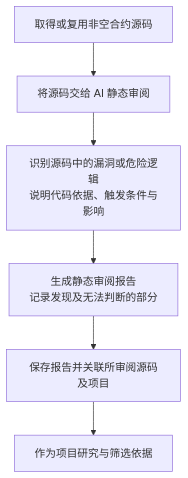
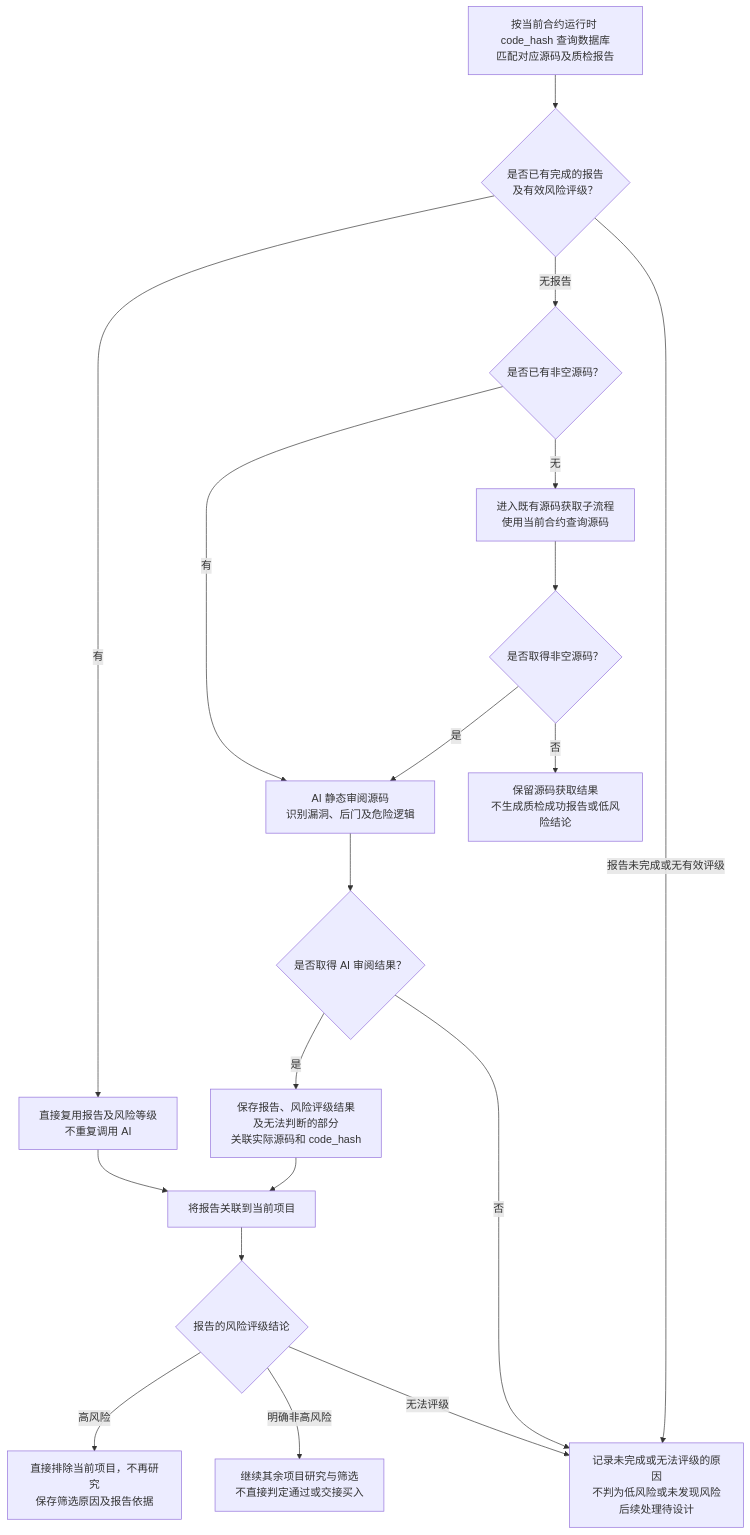
Before and after one commit to useryege/athena-o: the diagram in docs/project/token-contract-review-flow.md, drawn with Mermaid. The commit also changed other lines of this file and 7 other files, not shown here.

````diff
--- a/docs/project/token-contract-review-flow.md
+++ b/docs/project/token-contract-review-flow.md
@@ -13,8 +15,21 @@
 ```mermaid
 flowchart TD
-    A["取得或复用非空合约源码"] --> B["将源码交给 AI 静态审阅"]
-    B --> C["识别源码中的漏洞或危险逻辑<br/>说明代码依据、触发条件与影响"]
-    C --> D["生成静态审阅报告<br/>记录发现及无法判断的部分"]
-    D --> E["保存报告并关联所审阅源码及项目"]
-    E --> F["作为项目研究与筛选依据"]
+    A["按当前合约运行时 code_hash 查询数据库<br/>匹配对应源码及质检报告"] --> B{"是否已有完成的报告<br/>及有效风险评级？"}
+    B -->|有| C["直接复用报告及风险等级<br/>不重复调用 AI"]
+    B -->|无报告| D{"是否已有非空源码？"}
+    B -->|报告未完成或无有效评级| H["记录未完成或无法评级的原因<br/>不判为低风险或未发现风险<br/>后续处理待设计"]
+    D -->|有| E["AI 静态审阅源码<br/>识别漏洞、后门及危险逻辑"]
+    E --> F{"是否取得 AI 审阅结果？"}
+    F -->|是| G["保存报告、风险评级结果<br/>及无法判断的部分<br/>关联实际源码和 code_hash"]
+    F -->|否| H
+    D -->|无| N["进入既有源码获取子流程<br/>使用当前合约查询源码"]
+    N --> O{"是否取得非空源码？"}
+    O -->|是| E
+    O -->|否| I["保留源码获取结果<br/>不生成质检成功报告或低风险结论"]
+    C --> J["将报告关联到当前项目"]
+    G --> J
+    J --> K{"报告的风险评级结论"}
+    K -->|高风险| L["直接排除当前项目，不再研究<br/>保存筛选原因及报告依据"]
+    K -->|明确非高风险| M["继续其余项目研究与筛选<br/>不直接判定通过或交接买入"]
+    K -->|无法评级| H
 ```
````
